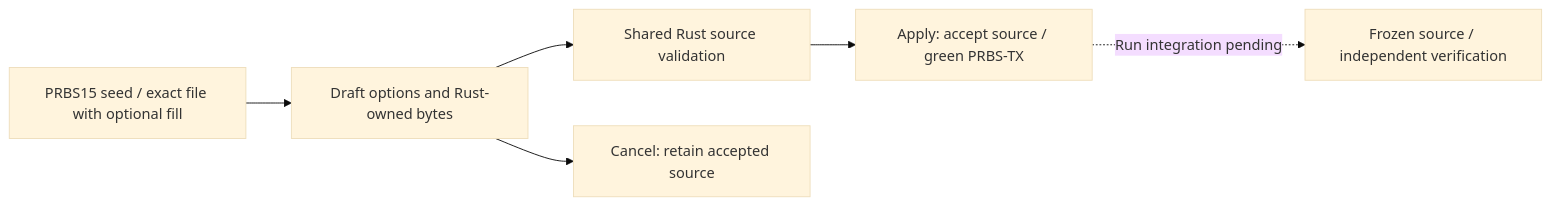
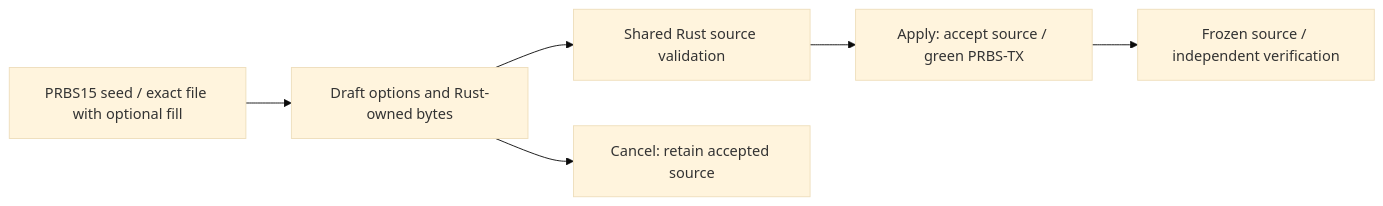
One commit to mgarcia01752/merlin changed the diagram in docs/user/source-input.md. Above: the diagram before and after it, drawn with Mermaid (base theme). The commit also changed other lines of this file and 42 other files, not shown here.

````diff
--- a/docs/user/source-input.md
+++ b/docs/user/source-input.md
@@ -32,8 +32,8 @@
 ```mermaid
 flowchart LR
     MODE["PRBS15 seed / exact file with optional fill"] --> DRAFT["Draft options and Rust-owned bytes"]
     DRAFT --> CHECK["Shared Rust source validation"]
     CHECK --> APPLY["Apply: accept source / green PRBS-TX"]
     DRAFT --> CANCEL["Cancel: retain accepted source"]
-    APPLY -. "Run integration pending" .-> JOB["Frozen source / independent verification"]
+    APPLY --> JOB["Frozen source / independent verification"]
 ```
````
